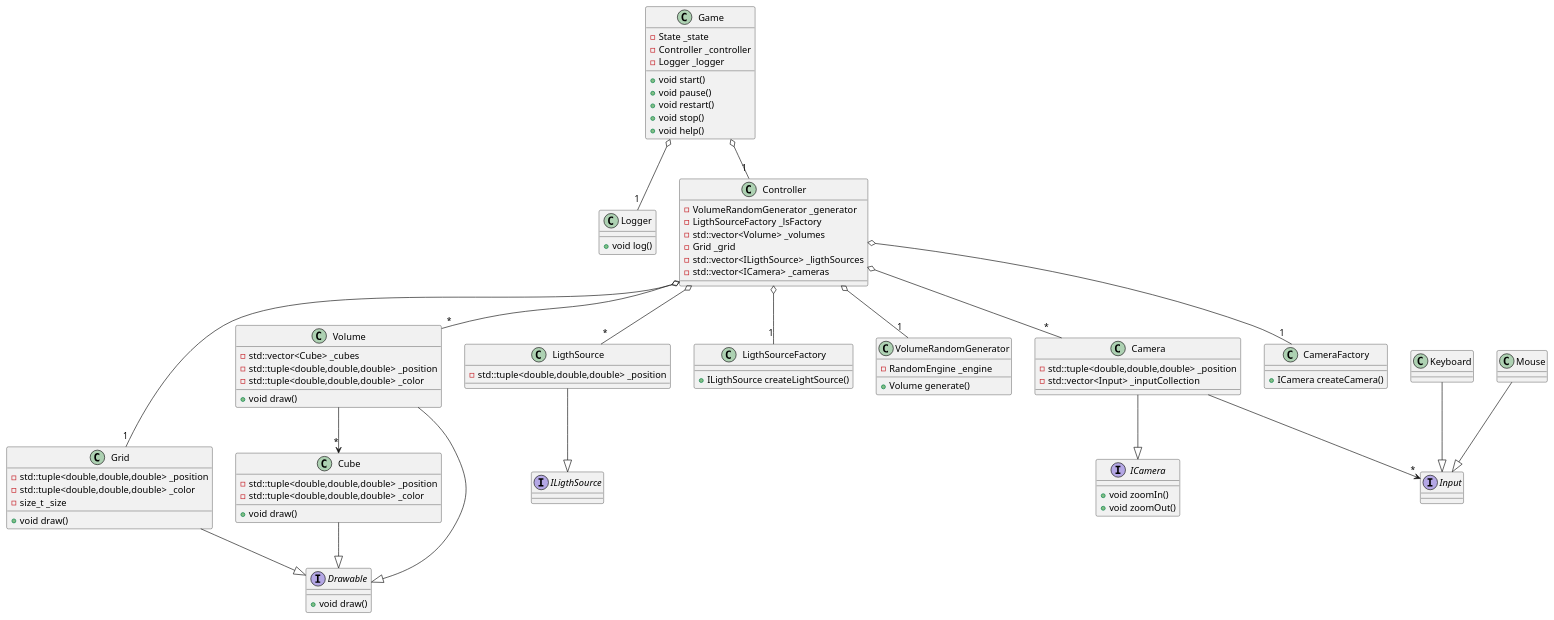
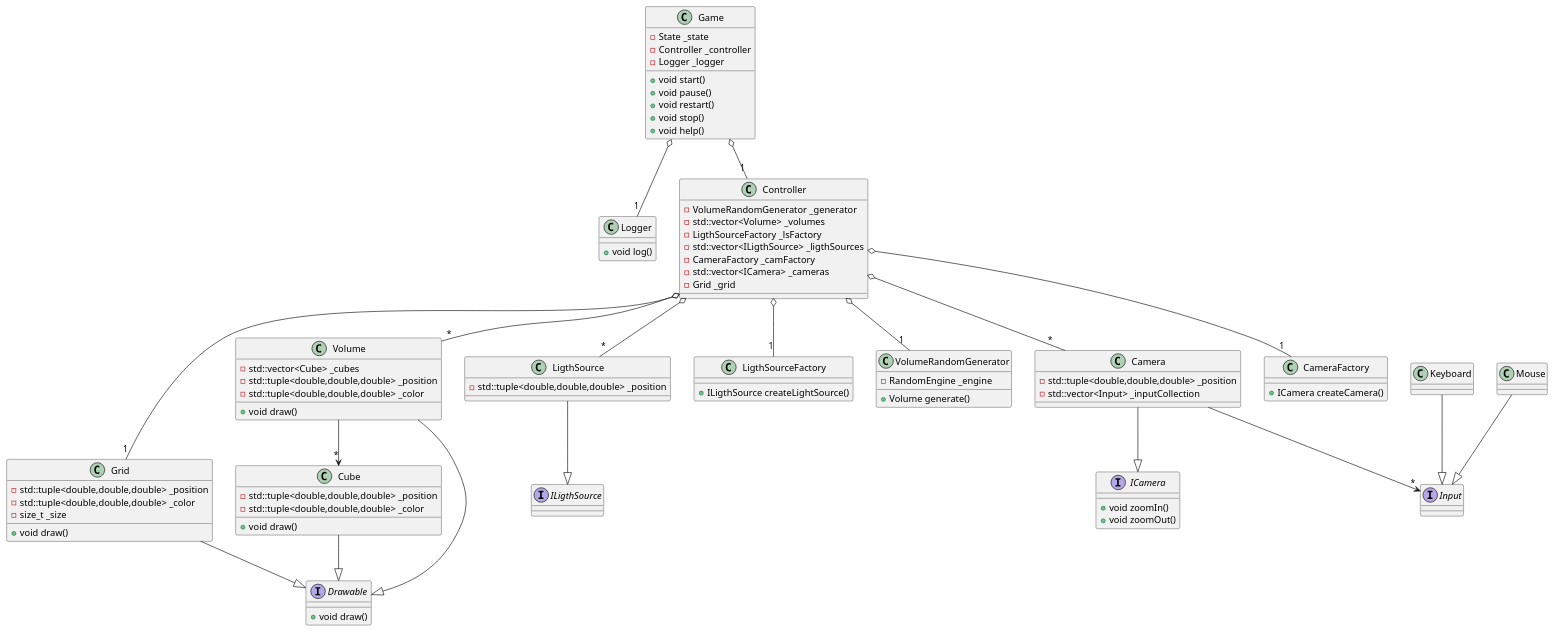
Before and after one commit to geo-xar/3dTetris: the diagram in RefactoredProject/ClassDiagram.iuml, drawn with PlantUML.

Commit message:
Updated refactored project class diagram.

```diff
--- a/RefactoredProject/ClassDiagram.iuml
+++ b/RefactoredProject/ClassDiagram.iuml
@@ -1,105 +1,106 @@
 @startuml 3dTetris
 
 class Game {
     +void start()
     +void pause()
     +void restart()
     +void stop()
     +void help()
     -State _state
     -Controller _controller
     -Logger _logger
 }
 
 class Logger {
     +void log()
 }
 
 class Grid {
     +void draw()
     -std::tuple<double,double,double> _position
     -std::tuple<double,double,double> _color
     -size_t _size
 }
 
 class Volume {
     +void draw()
     -std::vector<Cube> _cubes
     -std::tuple<double,double,double> _position
     -std::tuple<double,double,double> _color
 }
 
 class Cube {
     +void draw()
     -std::tuple<double,double,double> _position
     -std::tuple<double,double,double> _color
 }
 
 class Controller {
     -VolumeRandomGenerator _generator
+    -std::vector<Volume> _volumes
     -LigthSourceFactory _lsFactory
-    -std::vector<Volume> _volumes
+    -std::vector<ILigthSource> _ligthSources
+    -CameraFactory _camFactory
+    -std::vector<ICamera> _cameras
     -Grid _grid
-    -std::vector<ILigthSource> _ligthSources
-    -std::vector<ICamera> _cameras
 }
 
 interface ILigthSource
 
 class LigthSource {
     -std::tuple<double,double,double> _position
 }
 
 class LigthSourceFactory {
     +ILigthSource createLightSource()
 }
 
 class VolumeRandomGenerator {
     +Volume generate()
     -RandomEngine _engine
 }
 
 interface ICamera {
     +void zoomIn()
     +void zoomOut()
 }
 
 class Camera {
     -std::tuple<double,double,double> _position
     -std::vector<Input> _inputCollection
 }
 
 class CameraFactory {
     +ICamera createCamera()
 }
 
 class Keyboard
 class Mouse
 
 interface Input
 
 interface Drawable {
     +void draw()
 }
 
 Game o-- "1" Controller
 Game o-- "1" Logger
 Controller o-- "1" LigthSourceFactory
 Controller o-- "1" CameraFactory
 Controller o-- "1" VolumeRandomGenerator
 Controller o-- "1" Grid
 Controller o-- "*" Volume
 Controller o-- "*" LigthSource
 Controller o-- "*" Camera
 Volume --> "*" Cube
 Camera --> "*" Input
 
 Grid --|> Drawable
 Volume --|> Drawable
 Cube --|> Drawable
 Keyboard --|> Input
 Mouse --|> Input
 LigthSource --|> ILigthSource
 Camera --|> ICamera
 
 @enduml
```
